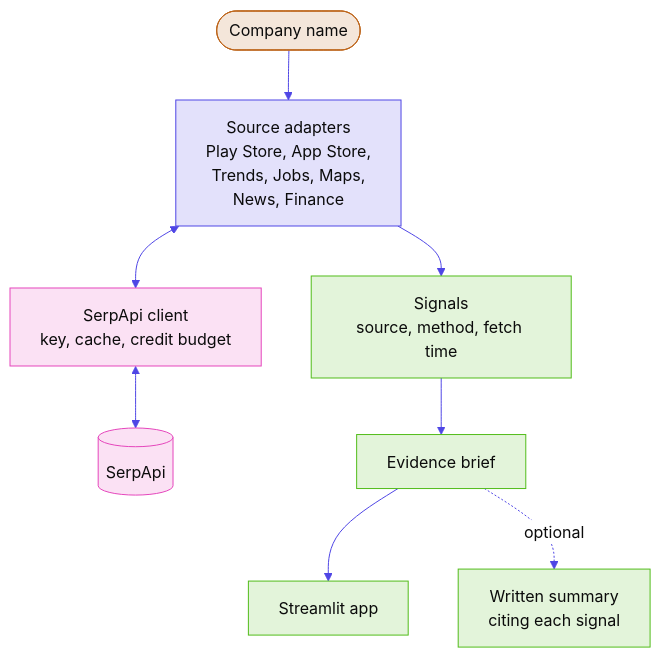
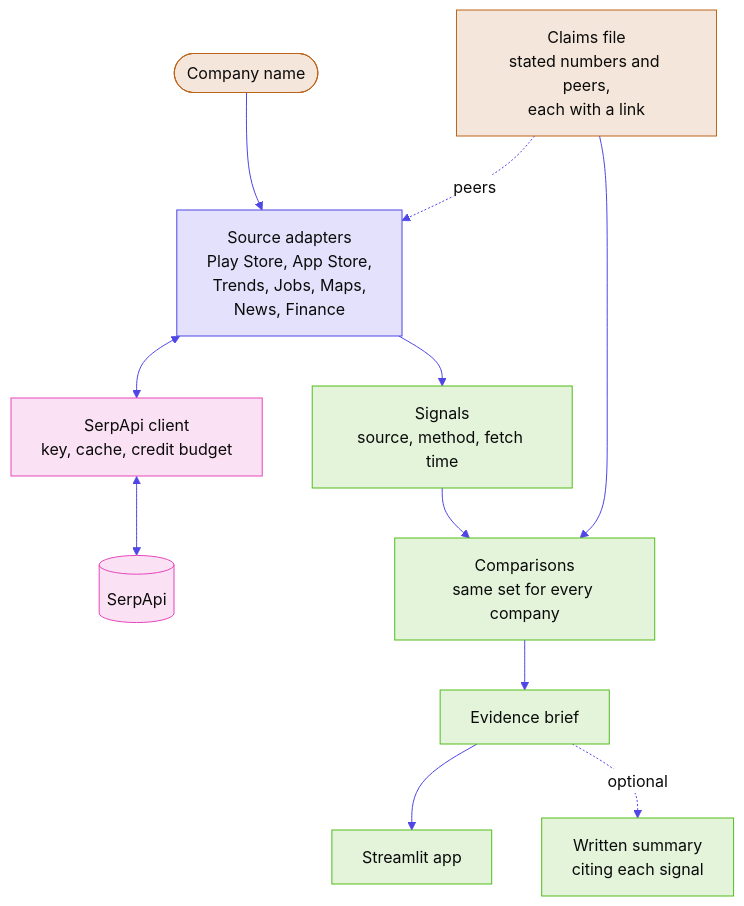
Before and after one commit to developwithsourav/SerpAPI: the first of 2 diagrams in README.md, drawn with Mermaid. The commit also changed other lines of this file and 7 other files, not shown here.

First line of the commit message:
Build the brief from comparisons with claims and peers

````diff
--- a/README.md
+++ b/README.md
@@ -27,20 +27,23 @@
 ```mermaid
 %%{init: {"theme":"base","themeVariables":{"background":"#FFFFFF","primaryColor":"#FFFFFF","primaryTextColor":"#0B0B0B","primaryBorderColor":"#4F46E5","lineColor":"#4F46E5","secondaryColor":"#EAE9FC","tertiaryColor":"#FFFFFF","textColor":"#0B0B0B","edgeLabelBackground":"#FFFFFF","clusterBkg":"#FFFFFF","clusterBorder":"#CECECE","titleColor":"#0B0B0B","rowOdd":"#FFFFFF","rowEven":"#F0F0F0","attributeBackgroundColorOdd":"#FFFFFF","attributeBackgroundColorEven":"#F0F0F0","actorBkg":"#FFFFFF","actorBorder":"#4F46E5","actorTextColor":"#0B0B0B","actorLineColor":"#919191","signalColor":"#4F46E5","signalTextColor":"#0B0B0B","labelBoxBkgColor":"#FFFFFF","labelBoxBorderColor":"#4F46E5","labelTextColor":"#0B0B0B","loopTextColor":"#0B0B0B","noteBkgColor":"#E5E3FB","noteTextColor":"#0B0B0B","noteBorderColor":"#4F46E5","activationBkgColor":"#4F46E5","activationBorderColor":"#4F46E5"}}}%%
 %% palette 97d170e1
 flowchart TB
   Q([Company name]) --> S[Source adapters<br/>Play Store, App Store,<br/>Trends, Jobs, Maps,<br/>News, Finance]
+  CL[Claims file<br/>stated numbers and peers,<br/>each with a link] -. peers .-> S
   S <--> C[SerpApi client<br/>key, cache, credit budget]
   C <--> API[(SerpApi)]
   S --> G[Signals<br/>source, method, fetch time]
-  G --> B[Evidence brief]
+  G --> X[Comparisons<br/>same set for every company]
+  CL --> X
+  X --> B[Evidence brief]
   B --> U[Streamlit app]
   B -. optional .-> W[Written summary<br/>citing each signal]
   classDef role3 fill:#F4E6DA,stroke:#BC641A,color:#0B0B0B
   classDef role1 fill:#E3E1FB,stroke:#4F46E5,color:#0B0B0B
   classDef role2 fill:#FBE1F4,stroke:#E546BC,color:#0B0B0B
   classDef role4 fill:#E3F4DA,stroke:#52BC1A,color:#0B0B0B
-  class Q role3
+  class Q,CL role3
   class S role1
   class C,API role2
-  class G,B,U,W role4
+  class G,X,B,U,W role4
 ```
````
